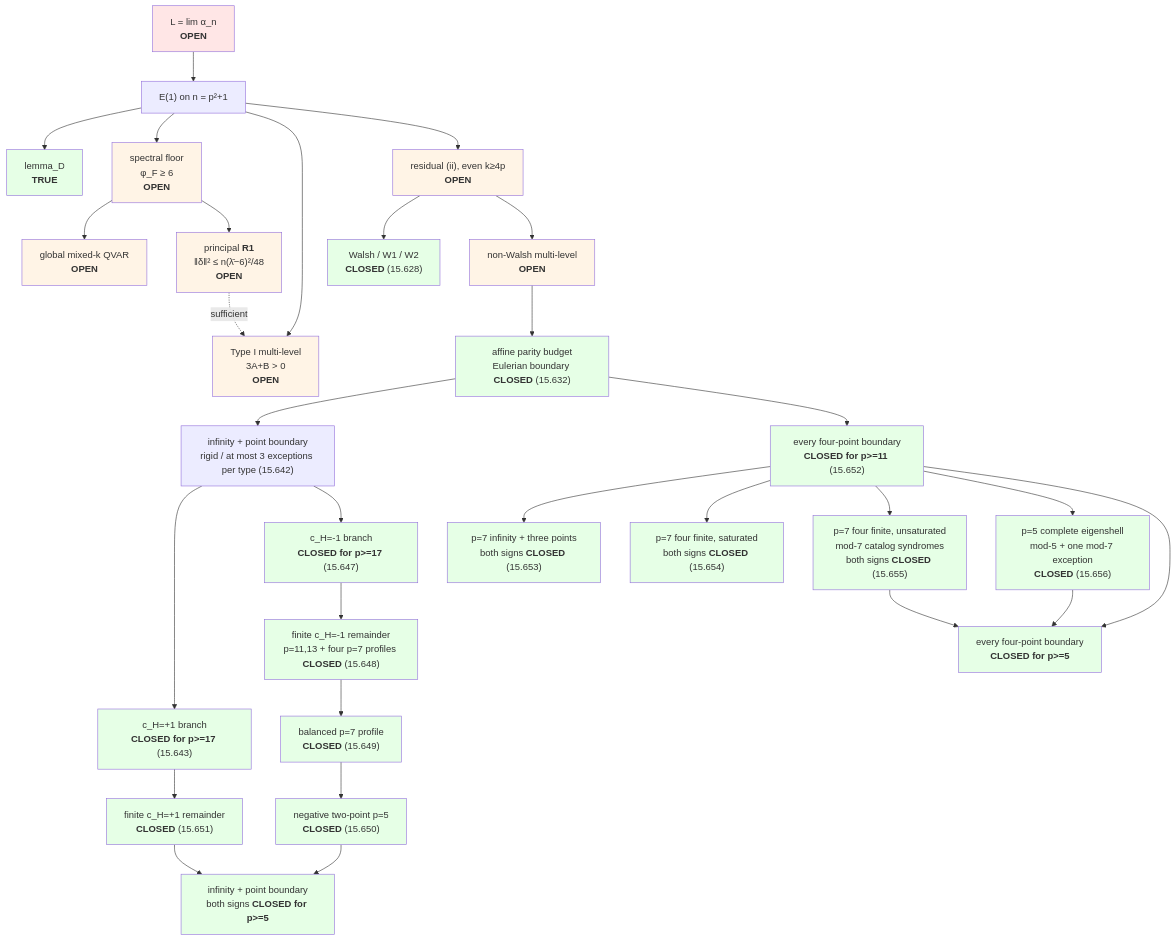
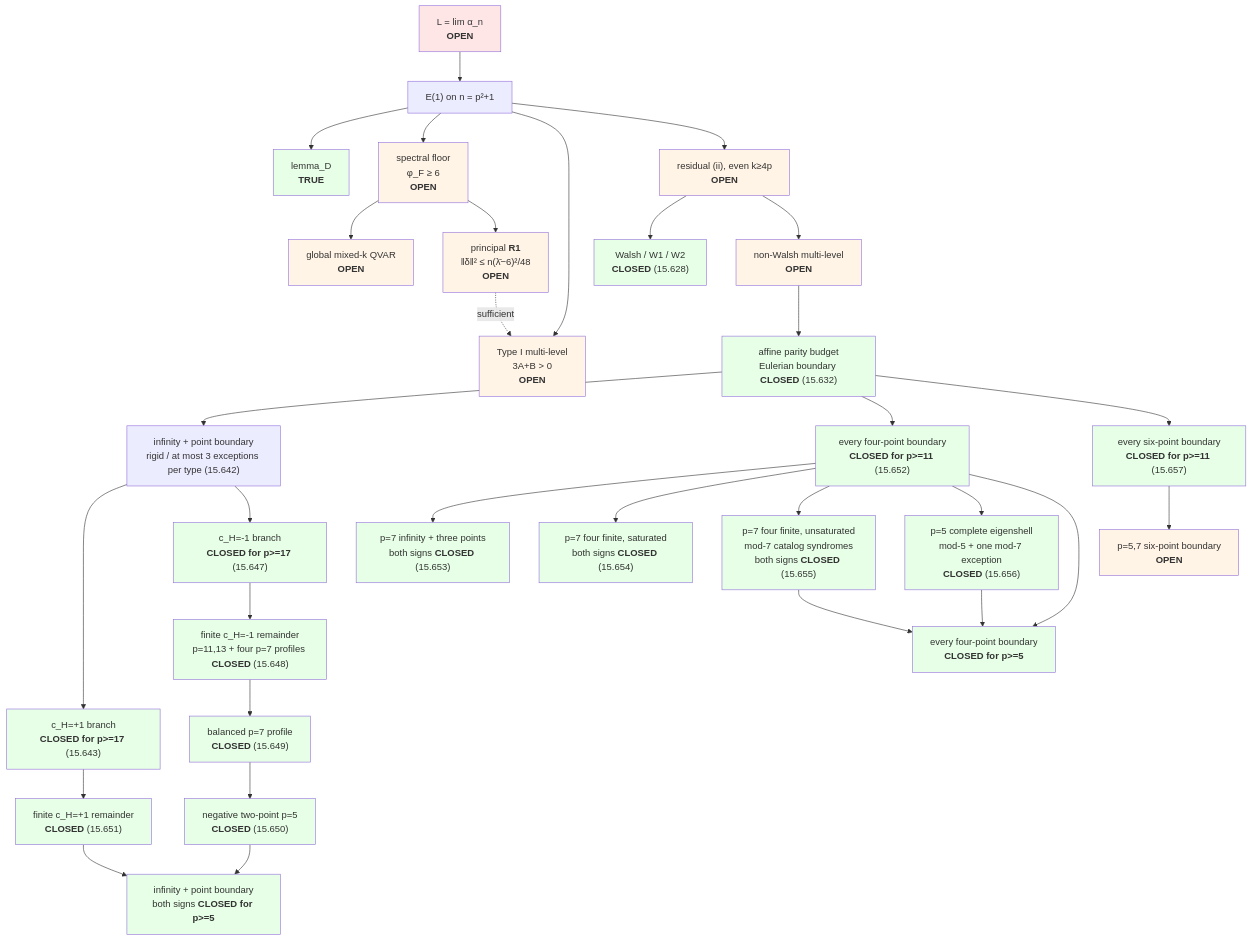
One commit to luckyseoul/quadratic-minmax-limit changed the diagram in README.md. Above: the diagram before and after it, drawn with Mermaid. The commit also changed other lines of this file and 9 other files, not shown here.

Commit message:
Exclude six-point boundaries for p at least 11

````diff
--- a/README.md
+++ b/README.md
@@ -136,54 +141,58 @@
 ```mermaid
 graph TD
     L["L = lim α_n<br/><b>OPEN</b>"] --> E1["E(1) on n = p²+1"]
     E1 --> D["lemma_D<br/><b>TRUE</b>"]
     E1 --> FLOOR["spectral floor<br/>φ_F ≥ 6<br/><b>OPEN</b>"]
     FLOOR --> QVAR["global mixed-k QVAR<br/><b>OPEN</b>"]
     FLOOR --> R1["principal <b>R1</b><br/>‖δ‖² ≤ n(λ̄−6)²/48<br/><b>OPEN</b>"]
     E1 --> TYPEI["Type I multi-level<br/>3A+B > 0<br/><b>OPEN</b>"]
     R1 -. sufficient .-> TYPEI
     E1 --> RES["residual (ii), even k≥4p<br/><b>OPEN</b>"]
     RES --> WALSH["Walsh / W1 / W2<br/><b>CLOSED</b> (15.628)"]
     RES --> MULTI["non-Walsh multi-level<br/><b>OPEN</b>"]
     MULTI --> BUDGET["affine parity budget<br/>Eulerian boundary <b>CLOSED</b> (15.632)"]
     BUDGET --> RIGID["infinity + point boundary<br/>rigid / at most 3 exceptions per type (15.642)"]
     RIGID --> POSKILL["c_H=+1 branch<br/><b>CLOSED for p>=17</b> (15.643)"]
     POSKILL --> POSFINITE["finite c_H=+1 remainder<br/><b>CLOSED</b> (15.651)"]
     RIGID --> NEGKILL["c_H=-1 branch<br/><b>CLOSED for p>=17</b> (15.647)"]
     NEGKILL --> NEGFINITE["finite c_H=-1 remainder<br/>p=11,13 + four p=7 profiles <b>CLOSED</b> (15.648)"]
     NEGFINITE --> P7BAL["balanced p=7 profile<br/><b>CLOSED</b> (15.649)"]
     P7BAL --> P5NEG["negative two-point p=5<br/><b>CLOSED</b> (15.650)"]
     POSFINITE --> TWOPT["infinity + point boundary<br/>both signs <b>CLOSED for p>=5</b>"]
     P5NEG --> TWOPT
     BUDGET --> FOUR["every four-point boundary<br/><b>CLOSED for p>=11</b> (15.652)"]
     FOUR --> P7INF["p=7 infinity + three points<br/>both signs <b>CLOSED</b> (15.653)"]
     FOUR --> P7SAT["p=7 four finite, saturated<br/>both signs <b>CLOSED</b> (15.654)"]
     FOUR --> P7MOD["p=7 four finite, unsaturated<br/>mod-7 catalog syndromes<br/>both signs <b>CLOSED</b> (15.655)"]
     FOUR --> P5FULL["p=5 complete eigenshell<br/>mod-5 + one mod-7 exception<br/><b>CLOSED</b> (15.656)"]
     FOUR --> ALL4["every four-point boundary<br/><b>CLOSED for p>=5</b>"]
     P7MOD --> ALL4
     P5FULL --> ALL4
+    BUDGET --> SIX["every six-point boundary<br/><b>CLOSED for p>=11</b> (15.657)"]
+    SIX --> P57SIX["p=5,7 six-point boundary<br/><b>OPEN</b>"]
     style L fill:#ffe6e6
     style D fill:#e6ffe6
     style FLOOR fill:#fff4e6
     style QVAR fill:#fff4e6
     style R1 fill:#fff4e6
     style TYPEI fill:#fff4e6
     style RES fill:#fff4e6
     style WALSH fill:#e6ffe6
     style MULTI fill:#fff4e6
     style BUDGET fill:#e6ffe6
+    style SIX fill:#e6ffe6
+    style P57SIX fill:#fff4e6
     style P7BAL fill:#e6ffe6
     style P5NEG fill:#e6ffe6
     style POSFINITE fill:#e6ffe6
     style FOUR fill:#e6ffe6
     style P7INF fill:#e6ffe6
     style P7SAT fill:#e6ffe6
     style P7MOD fill:#e6ffe6
     style P5FULL fill:#e6ffe6
     style ALL4 fill:#e6ffe6
     style TWOPT fill:#e6ffe6
     style POSKILL fill:#e6ffe6
     style NEGKILL fill:#e6ffe6
     style NEGFINITE fill:#e6ffe6
 ```
````
